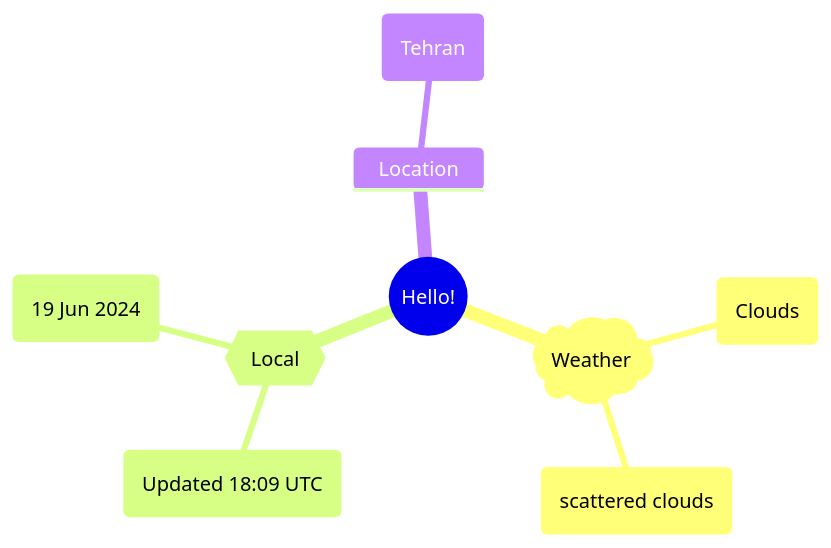
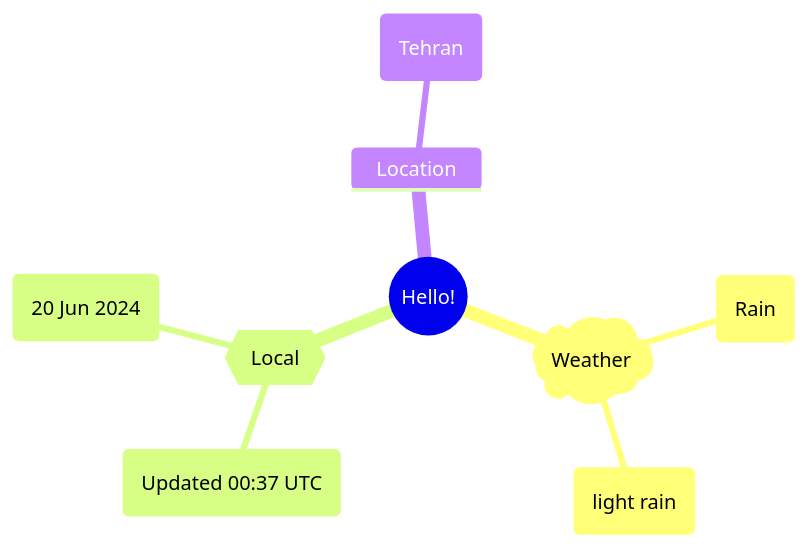
The first of 2 diagrams in README.md (Xosrov/Xosrov), drawn with Mermaid before and after one commit.

Commit message:
[bot] updated images

````diff
--- a/README.md
+++ b/README.md
@@ -3,12 +3,12 @@
 ```mermaid
 mindmap
   root((Hello!))
     )Weather(
-        (Clouds)
-        (scattered clouds)
+        (Rain)
+        (light rain)
     {{Local}}
-        (Updated 18:09 UTC)
-        (19 Jun 2024)
+        (Updated 00:37 UTC)
+        (20 Jun 2024)
     Location
         (Tehran)
 ```
````
